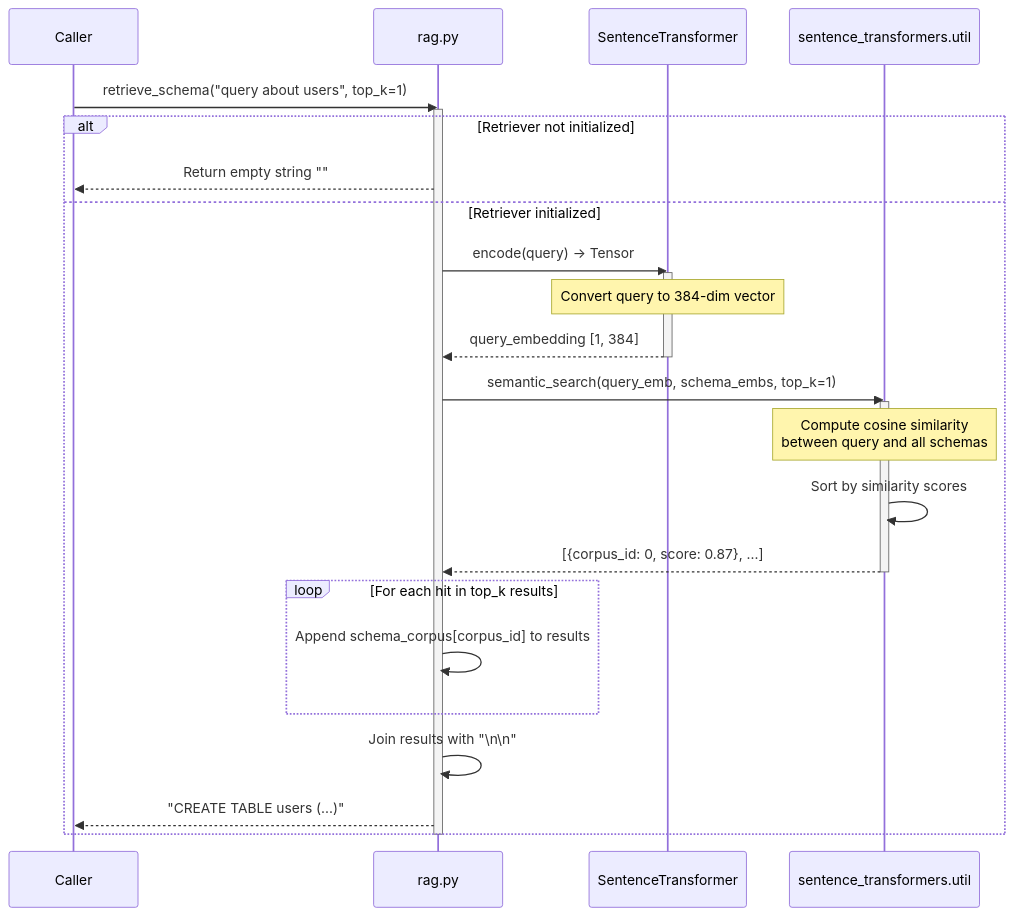
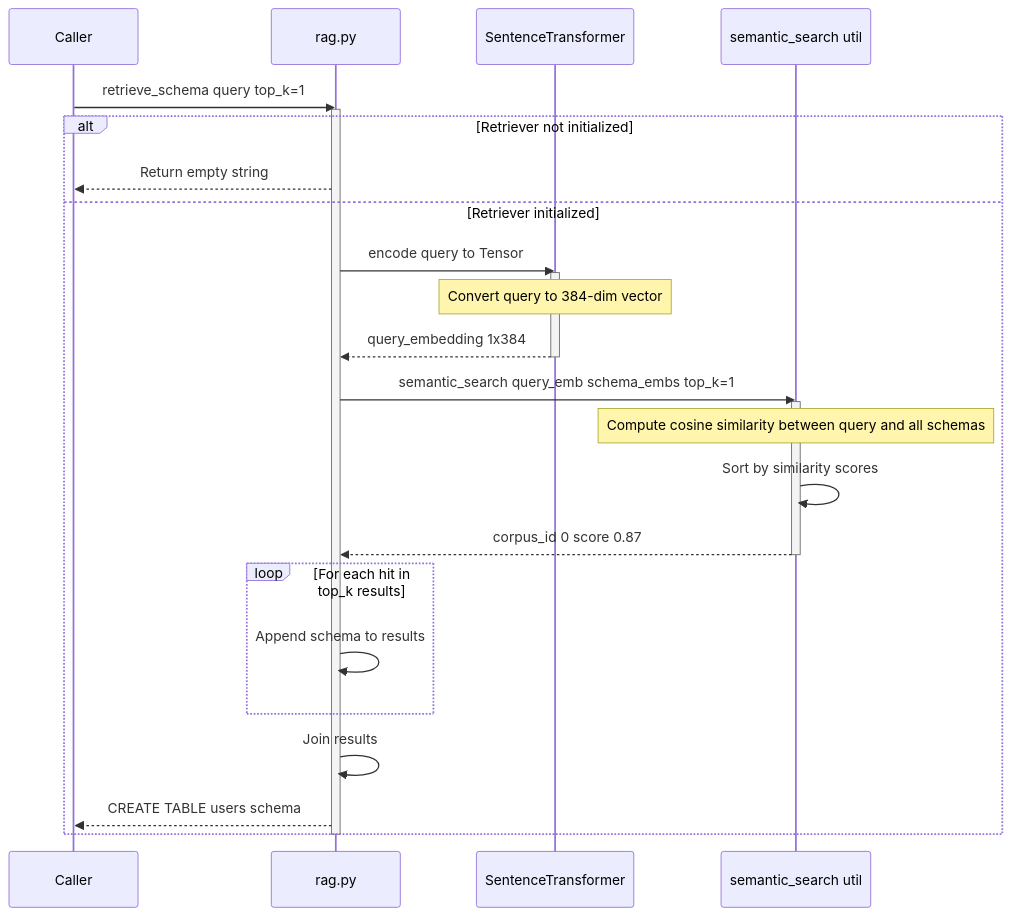
The third of 11 diagrams in docs/sequence_diagrams.md (nayanjha16/CodeGen-Implementations), drawn with Mermaid before and after one commit. The commit also changed other lines of this file and 24 other files, not shown here.

````diff
--- a/docs/sequence_diagrams.md
+++ b/docs/sequence_diagrams.md
@@ -131,35 +134,35 @@
 ```mermaid
 sequenceDiagram
     participant Client as Caller
     participant RAG as rag.py
     participant Model as SentenceTransformer
-    participant Util as sentence_transformers.util
+    participant Util as semantic_search util
     
-    Client->>RAG: retrieve_schema("query about users", top_k=1)
+    Client->>RAG: retrieve_schema query top_k=1
     activate RAG
     
     alt Retriever not initialized
-        RAG-->>Client: Return empty string ""
+        RAG-->>Client: Return empty string
     else Retriever initialized
-        RAG->>Model: encode(query) -> Tensor
+        RAG->>Model: encode query to Tensor
         activate Model
         Note over Model: Convert query to 384-dim vector
-        Model-->>RAG: query_embedding [1, 384]
+        Model-->>RAG: query_embedding 1x384
         deactivate Model
         
-        RAG->>Util: semantic_search(query_emb, schema_embs, top_k=1)
+        RAG->>Util: semantic_search query_emb schema_embs top_k=1
         activate Util
-        Note over Util: Compute cosine similarity<br/>between query and all schemas
+        Note over Util: Compute cosine similarity between query and all schemas
         Util->>Util: Sort by similarity scores
-        Util-->>RAG: [{corpus_id: 0, score: 0.87}, ...]
+        Util-->>RAG: corpus_id 0 score 0.87
         deactivate Util
         
         loop For each hit in top_k results
-            RAG->>RAG: Append schema_corpus[corpus_id] to results
+            RAG->>RAG: Append schema to results
         end
         
-        RAG->>RAG: Join results with "\n\n"
-        RAG-->>Client: "CREATE TABLE users (...)"
+        RAG->>RAG: Join results
+        RAG-->>Client: CREATE TABLE users schema
     end
     deactivate RAG
 ```
````
